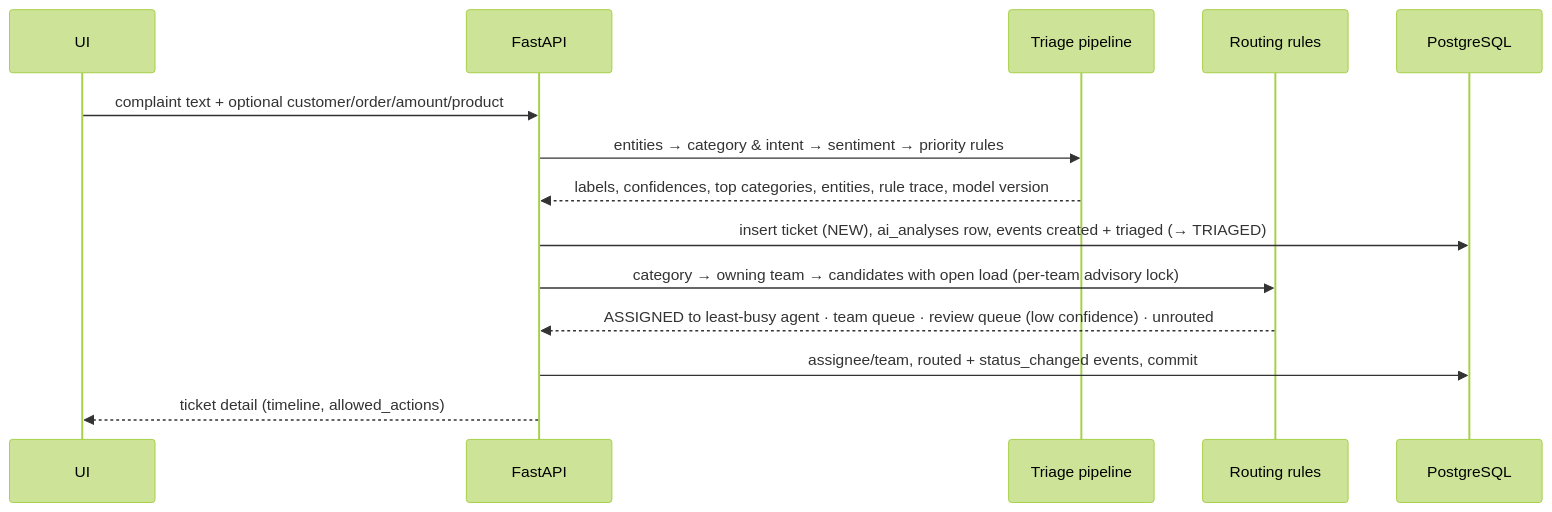
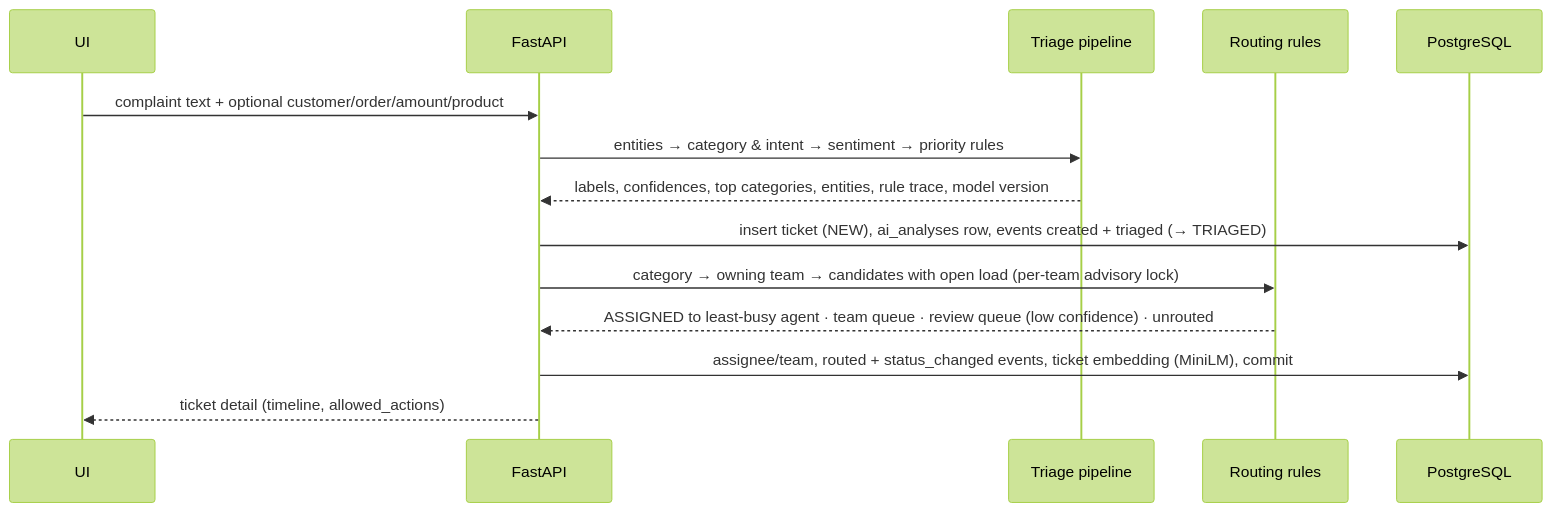
One commit to trishna0049/complaint-intelligence changed the second of 2 diagrams in docs/ARCHITECTURE.md. Above: the diagram before and after it, drawn with Mermaid (forest theme). The commit also changed other lines of this file and 54 other files, not shown here.

````diff
--- a/docs/ARCHITECTURE.md
+++ b/docs/ARCHITECTURE.md
@@ -28,16 +30,16 @@
 ```mermaid
 sequenceDiagram
     participant UI
     participant API as FastAPI
     participant AI as Triage pipeline
     participant RT as Routing rules
     participant DB as PostgreSQL
     UI->>API: complaint text + optional customer/order/amount/product
     API->>AI: entities → category & intent → sentiment → priority rules
     AI-->>API: labels, confidences, top categories, entities, rule trace, model version
     API->>DB: insert ticket (NEW), ai_analyses row, events created + triaged (→ TRIAGED)
     API->>RT: category → owning team → candidates with open load (per-team advisory lock)
     RT-->>API: ASSIGNED to least-busy agent · team queue · review queue (low confidence) · unrouted
-    API->>DB: assignee/team, routed + status_changed events, commit
+    API->>DB: assignee/team, routed + status_changed events, ticket embedding (MiniLM), commit
     API-->>UI: ticket detail (timeline, allowed_actions)
 ```
````
